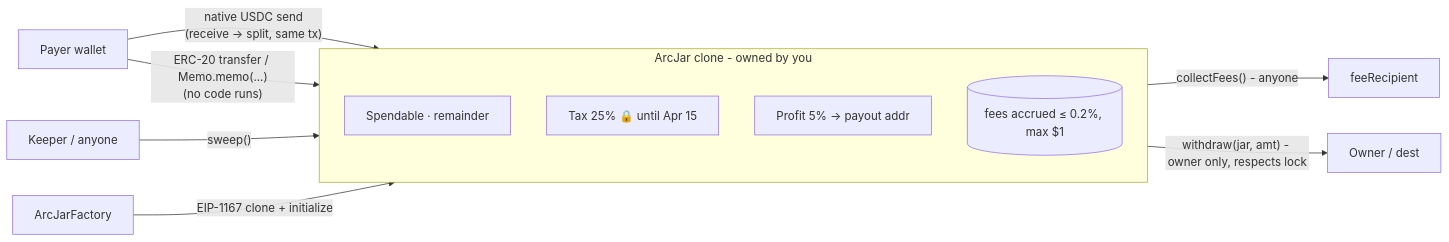
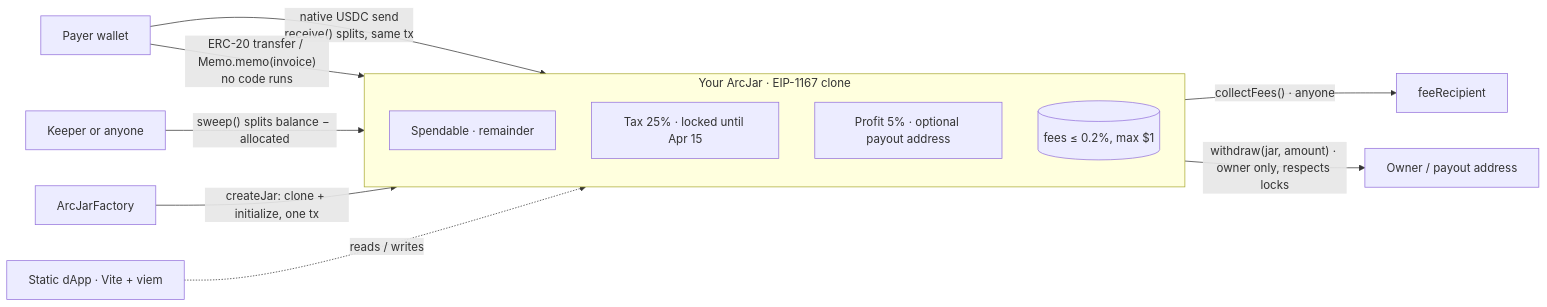
One commit to whhhh1500/arcjars changed the diagram in README.md. Above: the diagram before and after it, drawn with Mermaid. The commit also changed other lines of this file and 2 other files, not shown here.

Commit message:
docs: judge-first README (pitch, why Arc, 30s demo, architecture) + SECURITY_REVIEW.md; app: no 'verified' badge under link overrides

````diff
--- a/README.md
+++ b/README.md
@@ -35,16 +40,17 @@
 ```mermaid
 flowchart LR
-    P[Payer wallet] -- "native USDC send<br/>(receive → split, same tx)" --> J
-    P -- "ERC-20 transfer / Memo.memo(...)<br/>(no code runs)" --> J
-    K[Keeper / anyone] -- "sweep()" --> J
-    subgraph J[ArcJar clone - owned by you]
+    P[Payer wallet] -- "native USDC send<br/>receive() splits, same tx" --> J
+    P -- "ERC-20 transfer / Memo.memo(invoice)<br/>no code runs" --> J
+    K[Keeper or anyone] -- "sweep() splits balance − allocated" --> J
+    subgraph J[Your ArcJar · EIP-1167 clone]
       direction TB
       S[Spendable · remainder]
-      T[Tax 25% 🔒 until Apr 15]
-      R[Profit 5% → payout addr]
-      F[(fees accrued ≤ 0.2%, max $1)]
+      T[Tax 25% · locked until Apr 15]
+      R[Profit 5% · optional payout address]
+      F[(fees ≤ 0.2%, max $1)]
     end
-    J -- "withdraw(jar, amt) - owner only, respects lock" --> O[Owner / dest]
-    F -- "collectFees() - anyone" --> FR[feeRecipient]
-    FA[ArcJarFactory] -- "EIP-1167 clone + initialize" --> J
+    J -- "withdraw(jar, amount) · owner only, respects locks" --> O[Owner / payout address]
+    F -- "collectFees() · anyone" --> FR[feeRecipient]
+    FA[ArcJarFactory] -- "createJar: clone + initialize, one tx" --> J
+    APP[Static dApp · Vite + viem] -. reads / writes .-> J
 ```
````
